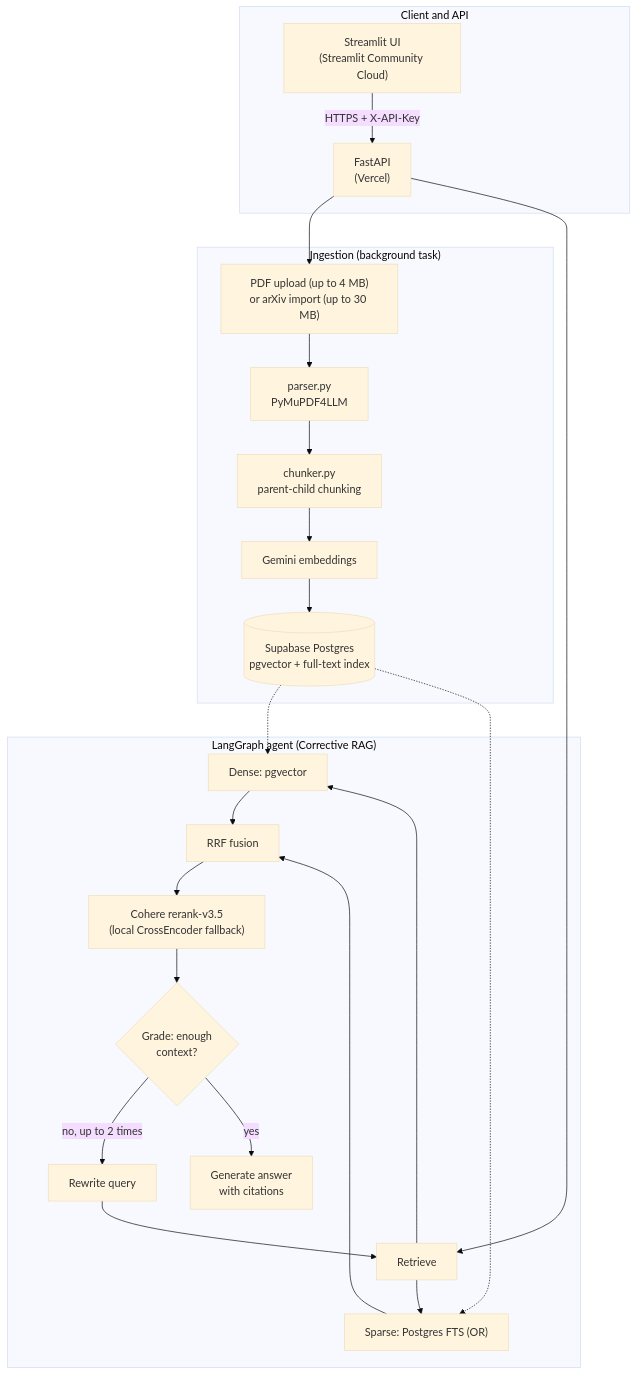
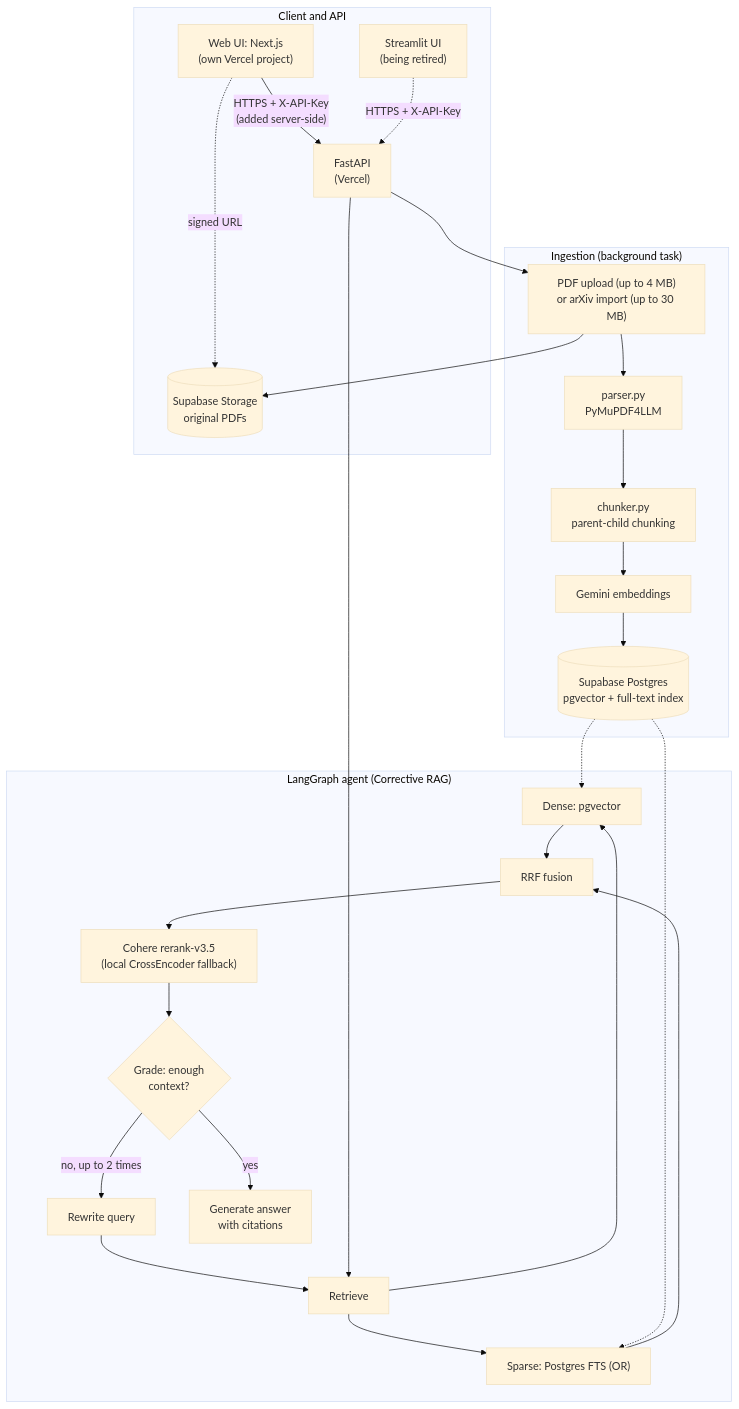
Before and after one commit to KhoaYakult/arxiv-agentic-rag: the diagram in README.md, drawn with Mermaid (base theme). The commit also changed other lines of this file and 2 other files, not shown here.

Commit message:
Docs: web UI local run, tests and Vercel/Supabase deploy guide

````diff
--- a/README.md
+++ b/README.md
@@ -5,29 +5,32 @@
 ```mermaid
 flowchart TD
     subgraph CLIENT ["Client and API"]
-        ST["Streamlit UI<br/>(Streamlit Community Cloud)"] -->|"HTTPS + X-API-Key"| API["FastAPI<br/>(Vercel)"]
+        WEB["Web UI: Next.js<br/>(own Vercel project)"] -->|"HTTPS + X-API-Key<br/>(added server-side)"| API["FastAPI<br/>(Vercel)"]
+        ST["Streamlit UI<br/>(being retired)"] -.->|"HTTPS + X-API-Key"| API
+        WEB -.->|"signed URL"| STORE[("Supabase Storage<br/>original PDFs")]
     end
 
     subgraph INGESTION ["Ingestion (background task)"]
         PDF["PDF upload (up to 4 MB)<br/>or arXiv import (up to 30 MB)"] --> PARSER["parser.py<br/>PyMuPDF4LLM"]
+        PDF --> STORE
         PARSER --> CHUNKER["chunker.py<br/>parent-child chunking"]
         CHUNKER --> EMB["Gemini embeddings"]
         EMB --> DB[("Supabase Postgres<br/>pgvector + full-text index")]
     end
 
     subgraph AGENT ["LangGraph agent (Corrective RAG)"]
         RETRIEVE["Retrieve"] --> DENSE["Dense: pgvector"]
         RETRIEVE --> SPARSE["Sparse: Postgres FTS (OR)"]
         DENSE & SPARSE --> RRF["RRF fusion"]
         RRF --> RERANK["Cohere rerank-v3.5<br/>(local CrossEncoder fallback)"]
         RERANK --> GRADE{"Grade: enough<br/>context?"}
         GRADE -->|"no, up to 2 times"| REWRITE["Rewrite query"]
         REWRITE --> RETRIEVE
         GRADE -->|"yes"| GEN["Generate answer<br/>with citations"]
     end
 
     API --> PDF
     API --> RETRIEVE
     DB -.-> DENSE
     DB -.-> SPARSE
 ```
````
